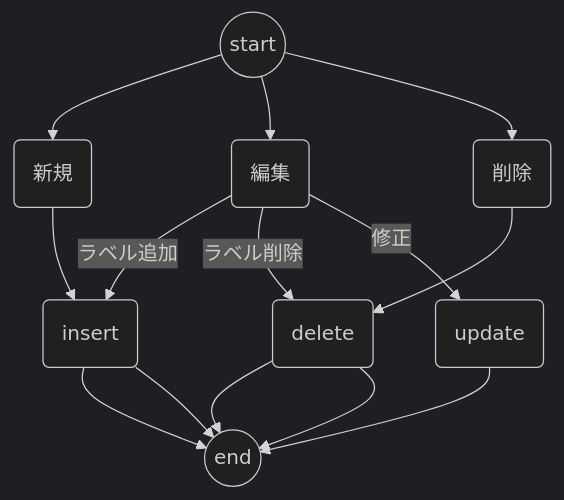
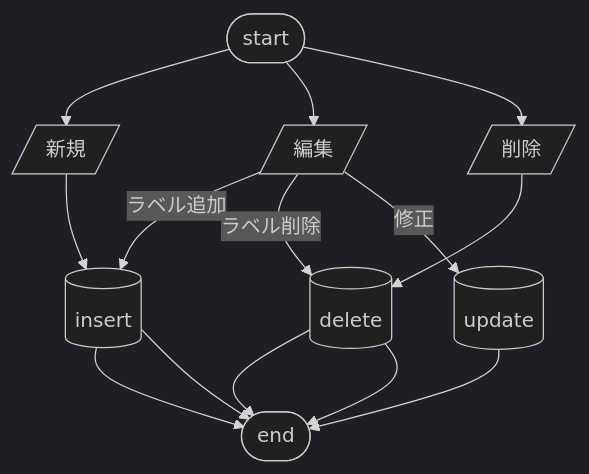
One commit to togakushi/test-repo changed the diagram in mermaid.md. Above: the diagram before and after it, drawn with Mermaid (dark theme).

````diff
--- a/mermaid.md
+++ b/mermaid.md
@@ -3,16 +3,16 @@
 ```mermaid
 flowchart TD
-    START --> NEW(新規) --> INSERT(insert) --> END
-    START --> MOD(編集)
-    START --> D(削除) --> DELETE -->END
+    START --> NEW[/新規/] --> INSERT(insert) --> END
+    START --> MOD[/編集/]
+    START --> D[/削除/] --> DELETE -->END
 
     MOD -->|ラベル追加| INSERT --> END
     MOD -->|ラベル削除| DELETE --> END
     MOD -->|修正| UPDATE --> END
 
-    START((start))
-    INSERT(insert)
-    UPDATE(update)
-    DELETE(delete)
-    END((end))
+    START([start])
+    INSERT[(insert)]
+    UPDATE[(update)]
+    DELETE[(delete)]
+    END([end])
 ```
````
